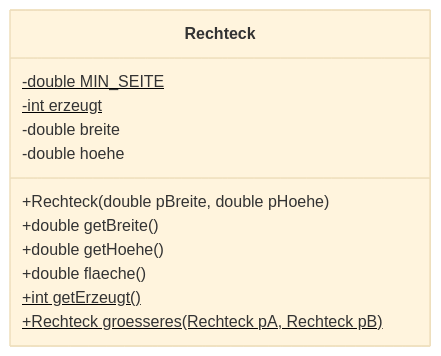
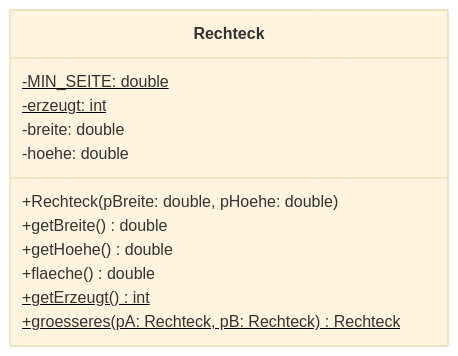
Before and after one commit to openpatch/hyperbook-informatik: the second of 2 diagrams in book/oberstufe/oop/02-erweiterungen/01-vertiefte-objektorientierung/02-klassenattribute-und-konstanten.md, drawn with Mermaid (base theme). The commit also changed other lines of this file and 19 other files, not shown here.

Commit message:
richtige implementationsdiagramme

````diff
--- a/book/oberstufe/oop/02-erweiterungen/01-vertiefte-objektorientierung/02-klassenattribute-und-konstanten.md
+++ b/book/oberstufe/oop/02-erweiterungen/01-vertiefte-objektorientierung/02-klassenattribute-und-konstanten.md
@@ -381,15 +381,15 @@
 ```mermaid
 classDiagram
     class Rechteck {
-        -double MIN_SEITE$
-        -int erzeugt$
-        -double breite
-        -double hoehe
-        +Rechteck(double pBreite, double pHoehe)
-        +double getBreite()
-        +double getHoehe()
-        +double flaeche()
-        +int getErzeugt()$
-        +Rechteck groesseres(Rechteck pA, Rechteck pB)$
+        -MIN_SEITE: double$
+        -erzeugt: int$
+        -breite: double
+        -hoehe: double
+        +Rechteck(pBreite: double, pHoehe: double)
+        +getBreite() double
+        +getHoehe() double
+        +flaeche() double
+        +getErzeugt() int$
+        +groesseres(pA: Rechteck, pB: Rechteck) Rechteck$
     }
 ```
````
